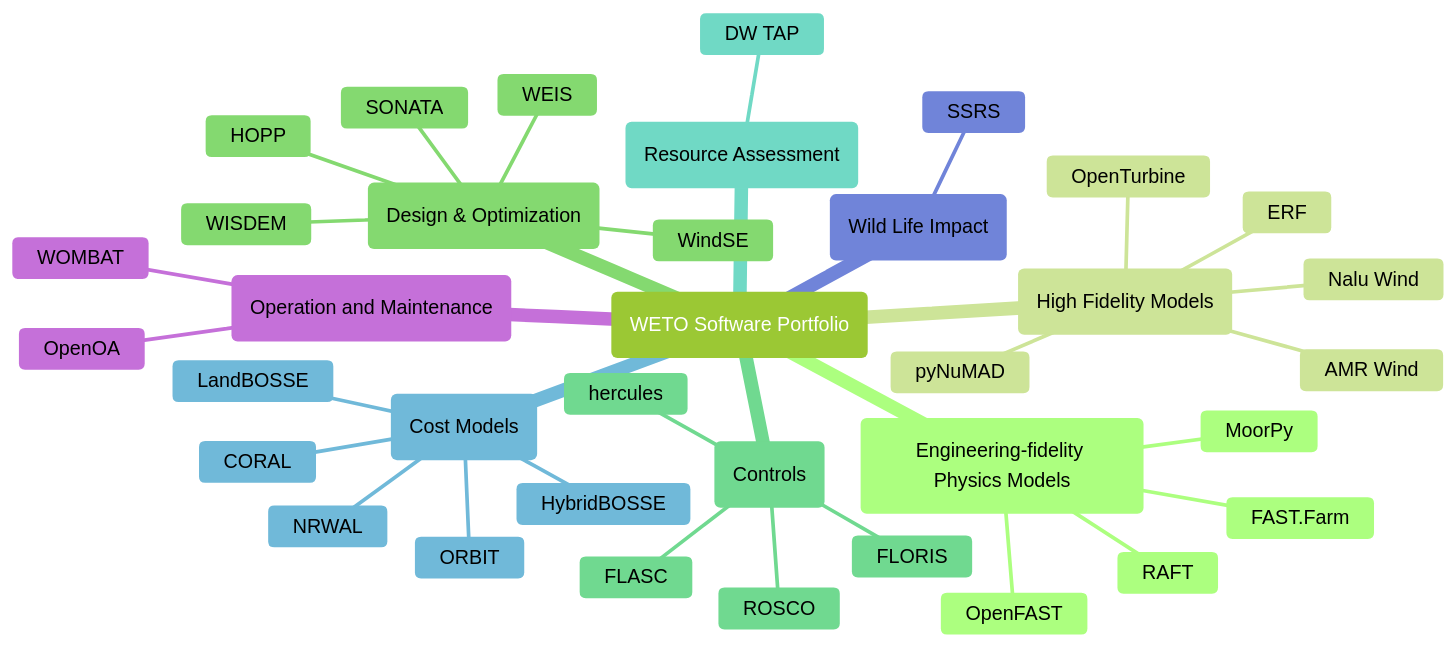
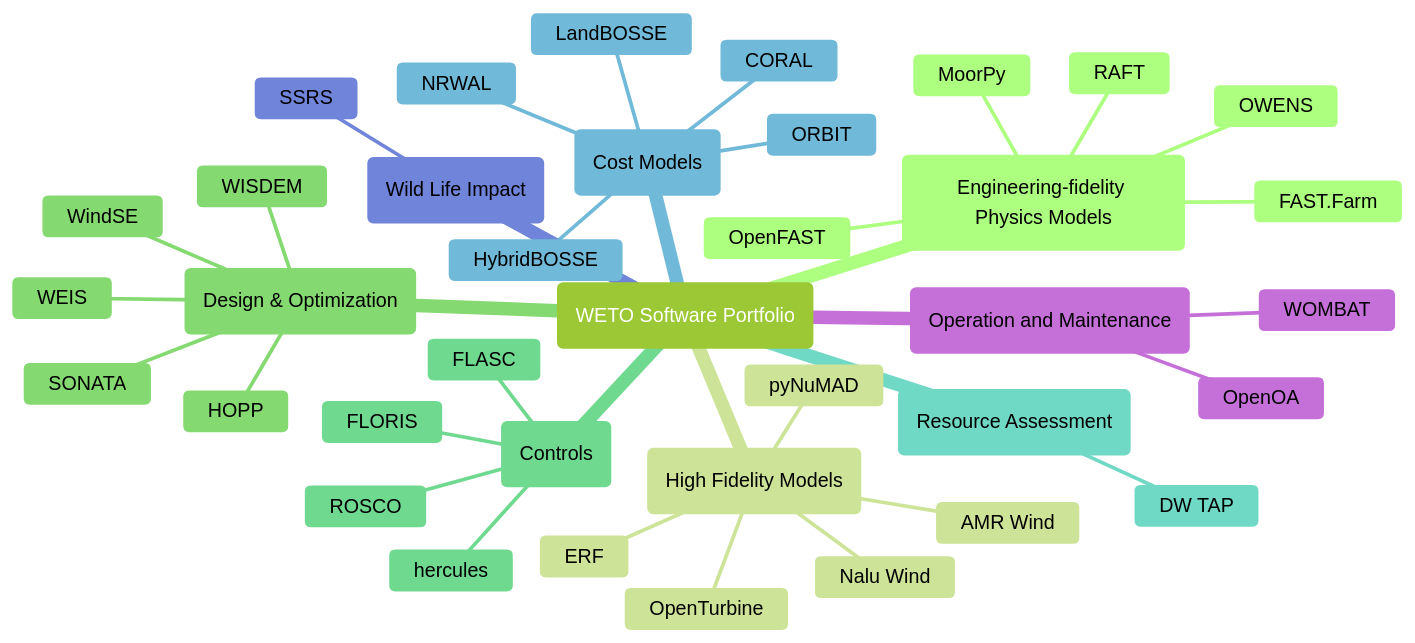
One commit to NREL/WETOStack changed the diagram in docs/portfolio_analysis/software_list.md. Above: the diagram before and after it, drawn with Mermaid. The commit also changed other lines of this file and 8 other files, not shown here.

````diff
--- a/docs/portfolio_analysis/software_list.md
+++ b/docs/portfolio_analysis/software_list.md
@@ -5,48 +5,49 @@
 ```{mermaid}
 %%{init: { 'logLevel': 'debug', 'theme': 'forest' } }%%
 
 mindmap
     root("WETO Software Portfolio")
         ps(Engineering-fidelity Physics Models)
             OpenFAST
             FAST.Farm
             MoorPy
             RAFT
+            OWENS
 
         hfm(High Fidelity Models)
             AMR Wind
             Nalu Wind
             OpenTurbine
             ERF
             pyNuMAD
 
         do(Design & Optimization)
             WEIS
             WISDEM
             WindSE
             HOPP
             SONATA
 
         ctrl(Controls)
             ROSCO
             FLORIS
             FLASC
             hercules
 
         ra(Resource Assessment)
             DW TAP
 
         cost(Cost Models)
             LandBOSSE
             HybridBOSSE
             ORBIT
             CORAL
             NRWAL
 
         wild(Wild Life Impact)
             SSRS
 
         om(Operation and Maintenance)
             OpenOA
             WOMBAT
 ```
````
